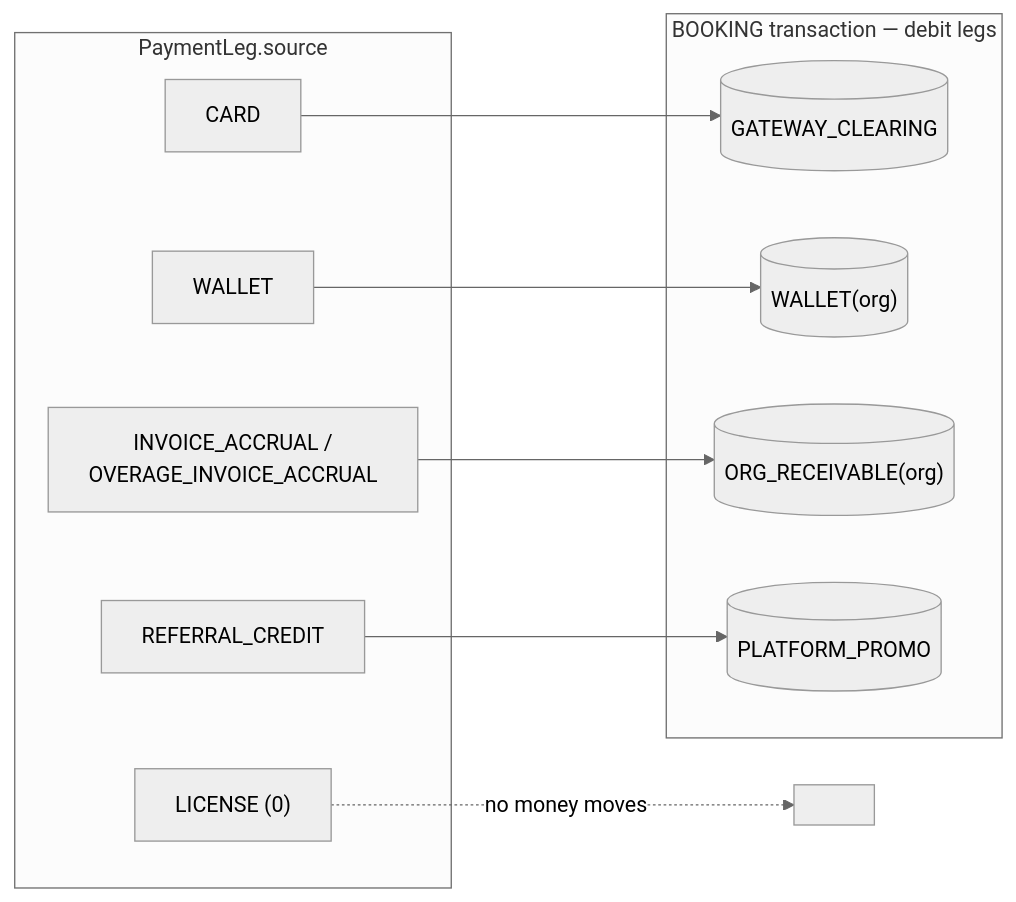
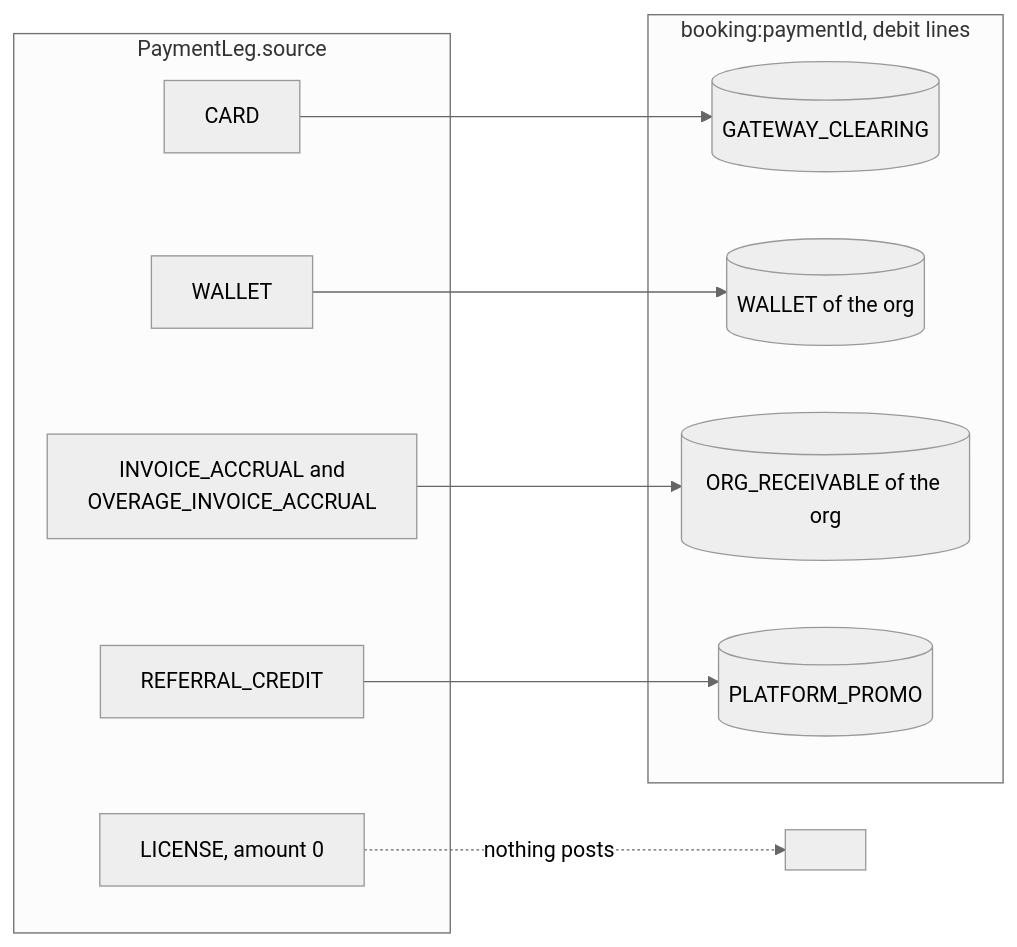
One commit to Practitionist/familiarise_web changed the diagram in docs/finance/20-ledger/03-payment-legs.md. Above: the diagram before and after it, drawn with Mermaid (neutral theme). The commit also changed other lines of this file and 17 other files, not shown here.

````diff
--- a/docs/finance/20-ledger/03-payment-legs.md
+++ b/docs/finance/20-ledger/03-payment-legs.md
@@ -47,21 +60,21 @@
 ```mermaid
 flowchart LR
   subgraph Legs["PaymentLeg.source"]
     C[CARD]
     W[WALLET]
-    IA["INVOICE_ACCRUAL /<br/>OVERAGE_INVOICE_ACCRUAL"]
+    IA["INVOICE_ACCRUAL and<br/>OVERAGE_INVOICE_ACCRUAL"]
     RC[REFERRAL_CREDIT]
-    LIC["LICENSE (0)"]
+    LIC["LICENSE, amount 0"]
   end
-  subgraph Debits["BOOKING transaction — debit legs"]
-    CASH[(GATEWAY_CLEARING)]
-    WALLET[("WALLET(org)")]
-    AR[("ORG_RECEIVABLE(org)")]
-    PROMO[(PLATFORM_PROMO)]
+  subgraph Debits["booking:paymentId, debit lines"]
+    GC[("GATEWAY_CLEARING")]
+    WL[("WALLET of the org")]
+    AR[("ORG_RECEIVABLE of the org")]
+    PR[("PLATFORM_PROMO")]
   end
-  C --> CASH
-  W --> WALLET
+  C --> GC
+  W --> WL
   IA --> AR
-  RC --> PROMO
-  LIC -. "no money moves" .-> X[" "]
+  RC --> PR
+  LIC -.->|"nothing posts"| X[" "]
 ```
````
